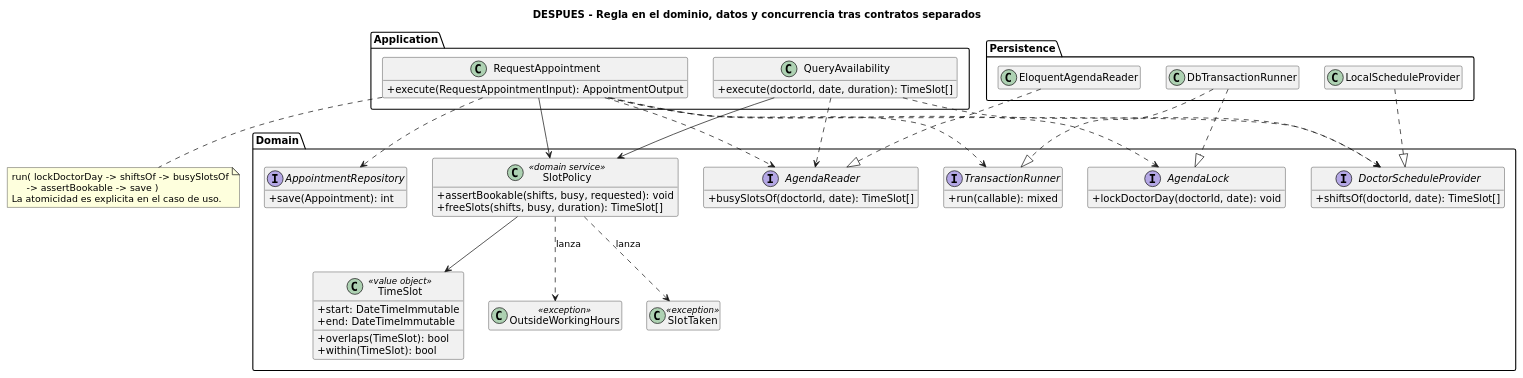
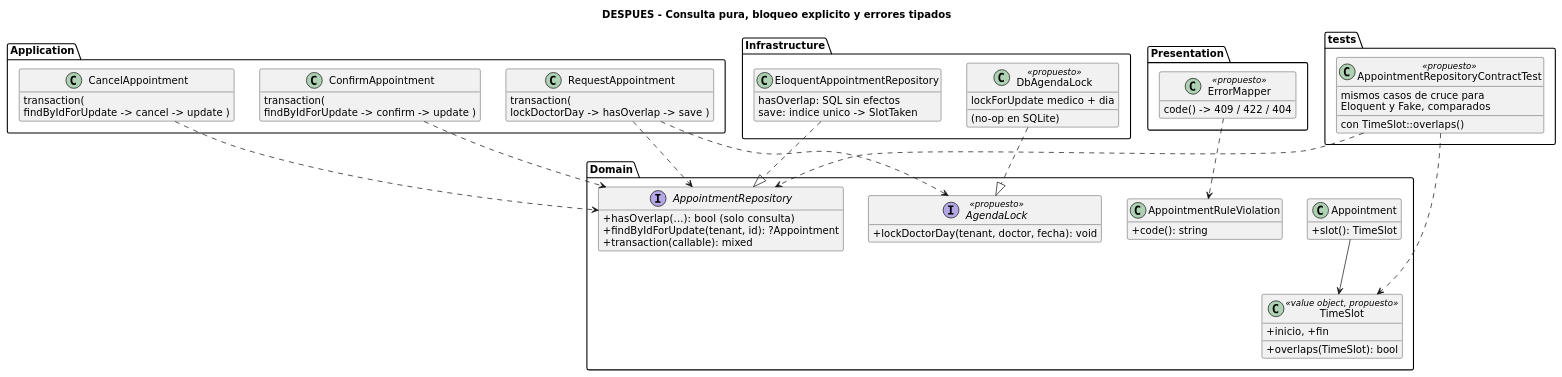
One commit to EddCastro/micro-his-citas-medicas-agenda changed the diagram in docs/semana-07-componentes/refactor-despues.puml. Above: the diagram before and after it, drawn with PlantUML. The commit also changed 10 other files, not shown here.

```diff
--- a/docs/semana-07-componentes/refactor-despues.puml
+++ b/docs/semana-07-componentes/refactor-despues.puml
@@ -1,78 +1,80 @@
 @startuml
-title DESPUES - Regla en el dominio, datos y concurrencia tras contratos separados
+title DESPUES - Consulta pura, bloqueo explicito y errores tipados
 
 skinparam shadowing false
 skinparam defaultFontName DejaVu Sans
 skinparam classAttributeIconSize 0
 hide empty members
 
 package Application {
   class RequestAppointment {
-    +execute(RequestAppointmentInput): AppointmentOutput
+    transaction(
+      lockDoctorDay -> hasOverlap -> save )
   }
-  class QueryAvailability {
-    +execute(doctorId, date, duration): TimeSlot[]
+  class ConfirmAppointment {
+    transaction(
+      findByIdForUpdate -> confirm -> update )
+  }
+  class CancelAppointment {
+    transaction(
+      findByIdForUpdate -> cancel -> update )
   }
 }
 
 package Domain {
-  class TimeSlot <<value object>> {
-    +start: DateTimeImmutable
-    +end: DateTimeImmutable
+  class TimeSlot <<value object, propuesto>> {
+    +inicio, +fin
     +overlaps(TimeSlot): bool
-    +within(TimeSlot): bool
   }
-  class SlotPolicy <<domain service>> {
-    +assertBookable(shifts, busy, requested): void
-    +freeSlots(shifts, busy, duration): TimeSlot[]
+  class Appointment {
+    +slot(): TimeSlot
   }
-  class OutsideWorkingHours <<exception>>
-  class SlotTaken <<exception>>
-  interface DoctorScheduleProvider {
-    +shiftsOf(doctorId, date): TimeSlot[]
-  }
-  interface AgendaReader {
-    +busySlotsOf(doctorId, date): TimeSlot[]
-  }
-  interface TransactionRunner {
-    +run(callable): mixed
-  }
-  interface AgendaLock {
-    +lockDoctorDay(doctorId, date): void
+  class AppointmentRuleViolation {
+    +code(): string
   }
   interface AppointmentRepository {
-    +save(Appointment): int
+    +hasOverlap(...): bool  (solo consulta)
+    +findByIdForUpdate(tenant, id): ?Appointment
+    +transaction(callable): mixed
+  }
+  interface AgendaLock <<propuesto>> {
+    +lockDoctorDay(tenant, doctor, fecha): void
   }
 }
 
-package Persistence {
-  class LocalScheduleProvider
-  class EloquentAgendaReader
-  class DbTransactionRunner
+package Infrastructure {
+  class EloquentAppointmentRepository {
+    hasOverlap: SQL sin efectos
+    save: indice unico -> SlotTaken
+  }
+  class DbAgendaLock <<propuesto>> {
+    lockForUpdate medico + dia
+    (no-op en SQLite)
+  }
 }
 
-RequestAppointment --> SlotPolicy
-QueryAvailability --> SlotPolicy
-SlotPolicy --> TimeSlot
-SlotPolicy ..> OutsideWorkingHours : lanza
-SlotPolicy ..> SlotTaken : lanza
-RequestAppointment ..> TransactionRunner
+package Presentation {
+  class ErrorMapper <<propuesto>> {
+    code() -> 409 / 422 / 404
+  }
+}
+
+package tests {
+  class AppointmentRepositoryContractTest <<propuesto>> {
+    mismos casos de cruce para
+    Eloquent y Fake, comparados
+    con TimeSlot::overlaps()
+  }
+}
+
 RequestAppointment ..> AgendaLock
-RequestAppointment ..> DoctorScheduleProvider
-RequestAppointment ..> AgendaReader
 RequestAppointment ..> AppointmentRepository
-QueryAvailability ..> DoctorScheduleProvider
-QueryAvailability ..> AgendaReader
-
-LocalScheduleProvider ..|> DoctorScheduleProvider
-EloquentAgendaReader ..|> AgendaReader
-DbTransactionRunner ..|> TransactionRunner
-DbTransactionRunner ..|> AgendaLock
-
-note bottom of RequestAppointment
-run( lockDoctorDay -> shiftsOf -> busySlotsOf
-     -> assertBookable -> save )
-La atomicidad es explicita en el caso de uso.
-end note
-
+ConfirmAppointment ..> AppointmentRepository
+CancelAppointment ..> AppointmentRepository
+Appointment --> TimeSlot
+EloquentAppointmentRepository ..|> AppointmentRepository
+DbAgendaLock ..|> AgendaLock
+ErrorMapper ..> AppointmentRuleViolation
+AppointmentRepositoryContractTest ..> TimeSlot
+AppointmentRepositoryContractTest ..> AppointmentRepository
 @enduml
```
